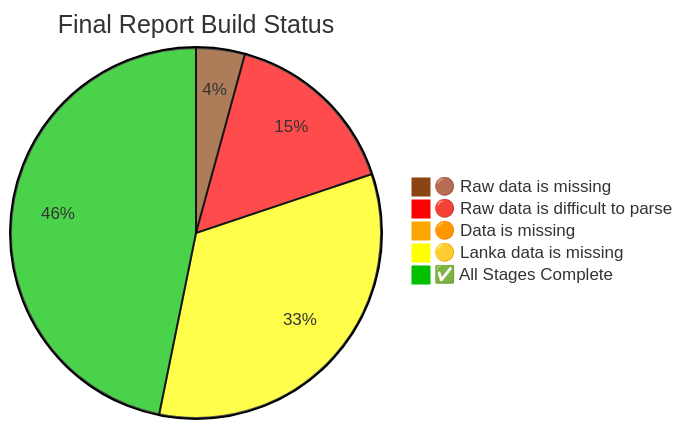
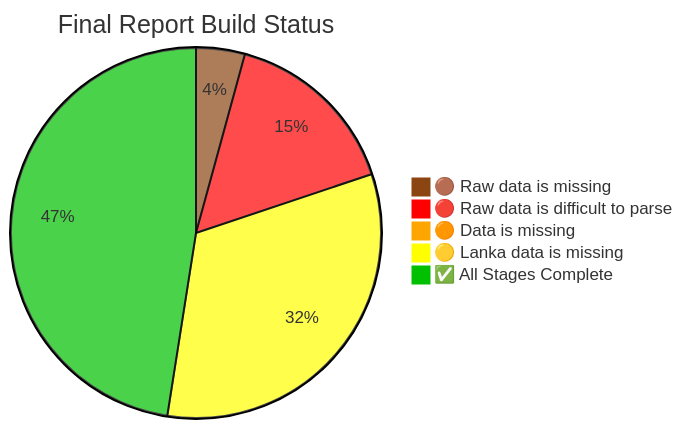
The diagram in README.md (nuuuwan/lk_census_2024), drawn with Mermaid before and after one commit. The commit also changed other lines of this file and 4 other files, not shown here.

````diff
--- a/README.md
+++ b/README.md
@@ -220,9 +220,9 @@
 ```mermaid
 %%{init: {"theme": "base", "themeVariables": {"pie1": "#8B4513", "pie2": "#FF0000", "pie3": "#FFA500", "pie4": "#FFFF00", "pie5": "#00c000"}}}%%
 pie title Final Report Build Status
 "🟤 Raw data is missing" : 6
     "🔴 Raw data is difficult to parse" : 22
     "🟠 Data is missing" : 1
-    "🟡 Lanka data is missing" : 47
-    "✅ All Stages Complete" : 66
+    "🟡 Lanka data is missing" : 46
+    "✅ All Stages Complete" : 67
 ```
````
